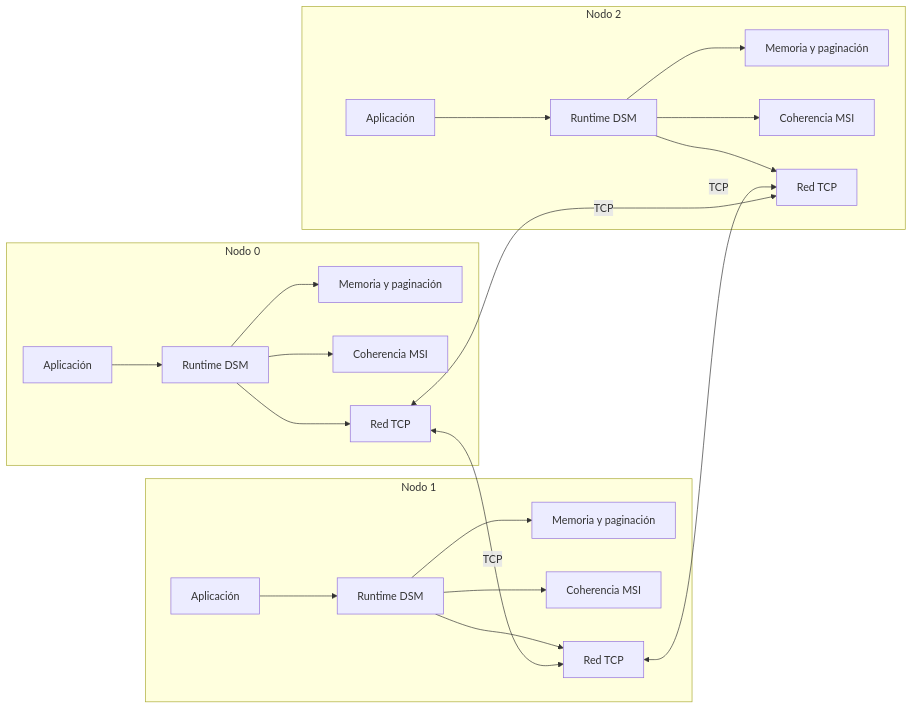
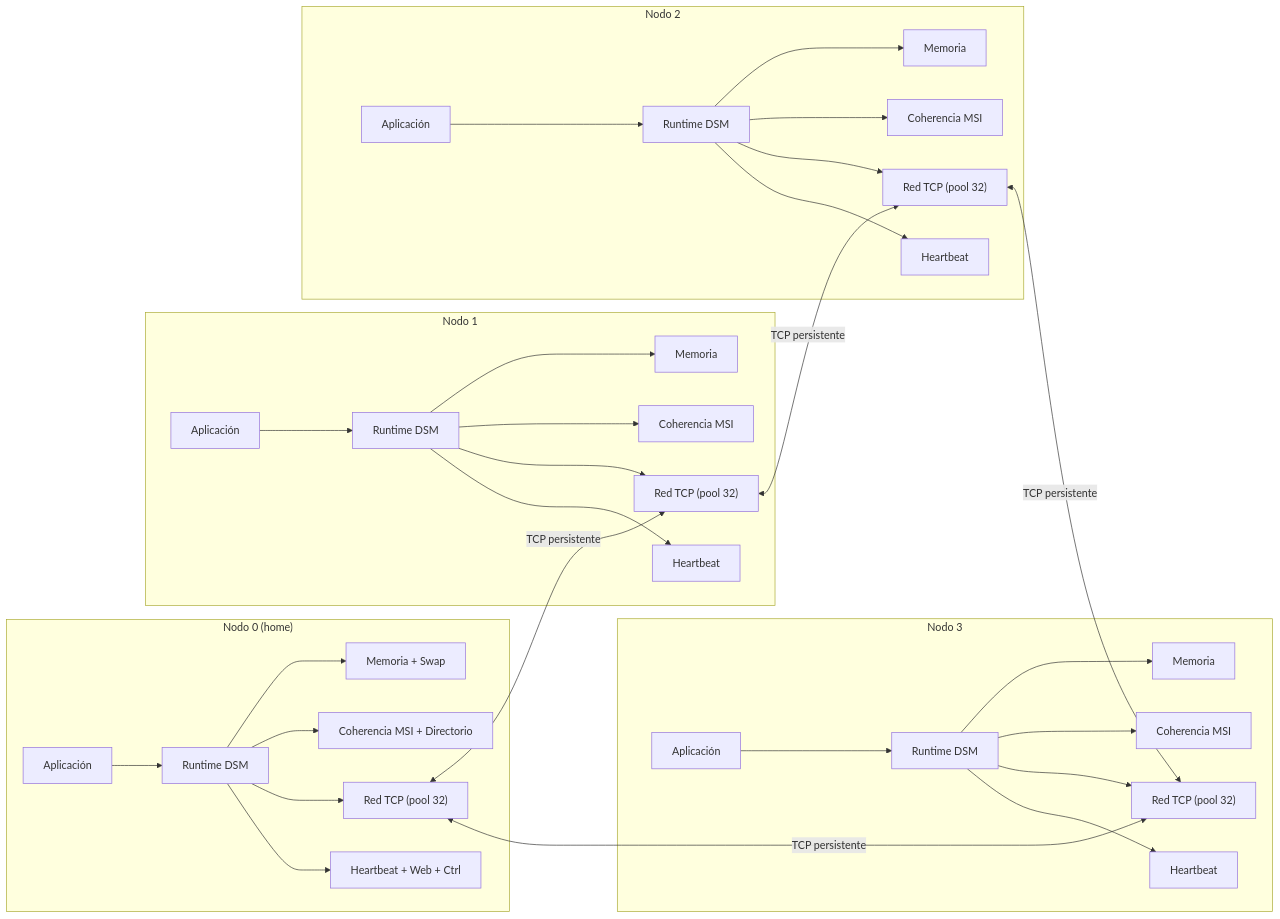
One commit to TSebas12/ProyectoSO-DSM-SistemaDeMemoriaCompartidaDistribuida changed the diagram in README.md. Above: the diagram before and after it, drawn with Mermaid. The commit also changed other lines of this file and 54 other files, not shown here.

````diff
--- a/README.md
+++ b/README.md
@@ -41,24 +46,35 @@
 ```mermaid
 flowchart LR
-    subgraph N0["Nodo 0"]
+    subgraph N0["Nodo 0 (home)"]
         A0["Aplicación"] --> R0["Runtime DSM"]
-        R0 --> M0["Memoria y paginación"]
-        R0 --> C0["Coherencia MSI"]
-        R0 --> T0["Red TCP"]
+        R0 --> M0["Memoria + Swap"]
+        R0 --> C0["Coherencia MSI + Directorio"]
+        R0 --> T0["Red TCP (pool 32)"]
+        R0 --> H0["Heartbeat + Web + Ctrl"]
     end
     subgraph N1["Nodo 1"]
         A1["Aplicación"] --> R1["Runtime DSM"]
-        R1 --> M1["Memoria y paginación"]
+        R1 --> M1["Memoria"]
         R1 --> C1["Coherencia MSI"]
-        R1 --> T1["Red TCP"]
+        R1 --> T1["Red TCP (pool 32)"]
+        R1 --> H1["Heartbeat"]
     end
     subgraph N2["Nodo 2"]
         A2["Aplicación"] --> R2["Runtime DSM"]
-        R2 --> M2["Memoria y paginación"]
+        R2 --> M2["Memoria"]
         R2 --> C2["Coherencia MSI"]
-        R2 --> T2["Red TCP"]
+        R2 --> T2["Red TCP (pool 32)"]
+        R2 --> H2["Heartbeat"]
     end
-    T0 <-->|"TCP"| T1
-    T1 <-->|"TCP"| T2
-    T2 <-->|"TCP"| T0
+    subgraph N3["Nodo 3"]
+        A3["Aplicación"] --> R3["Runtime DSM"]
+        R3 --> M3["Memoria"]
+        R3 --> C3["Coherencia MSI"]
+        R3 --> T3["Red TCP (pool 32)"]
+        R3 --> H3["Heartbeat"]
+    end
+    T0 <-->|"TCP persistente"| T1
+    T1 <-->|"TCP persistente"| T2
+    T2 <-->|"TCP persistente"| T3
+    T3 <-->|"TCP persistente"| T0
 ```
````
